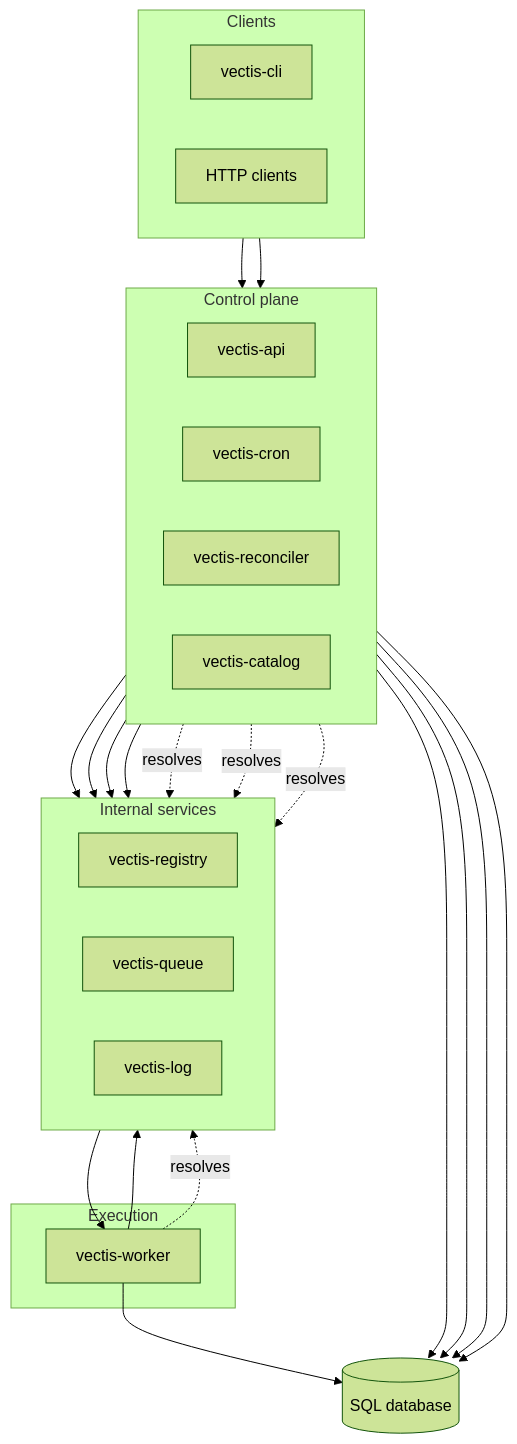
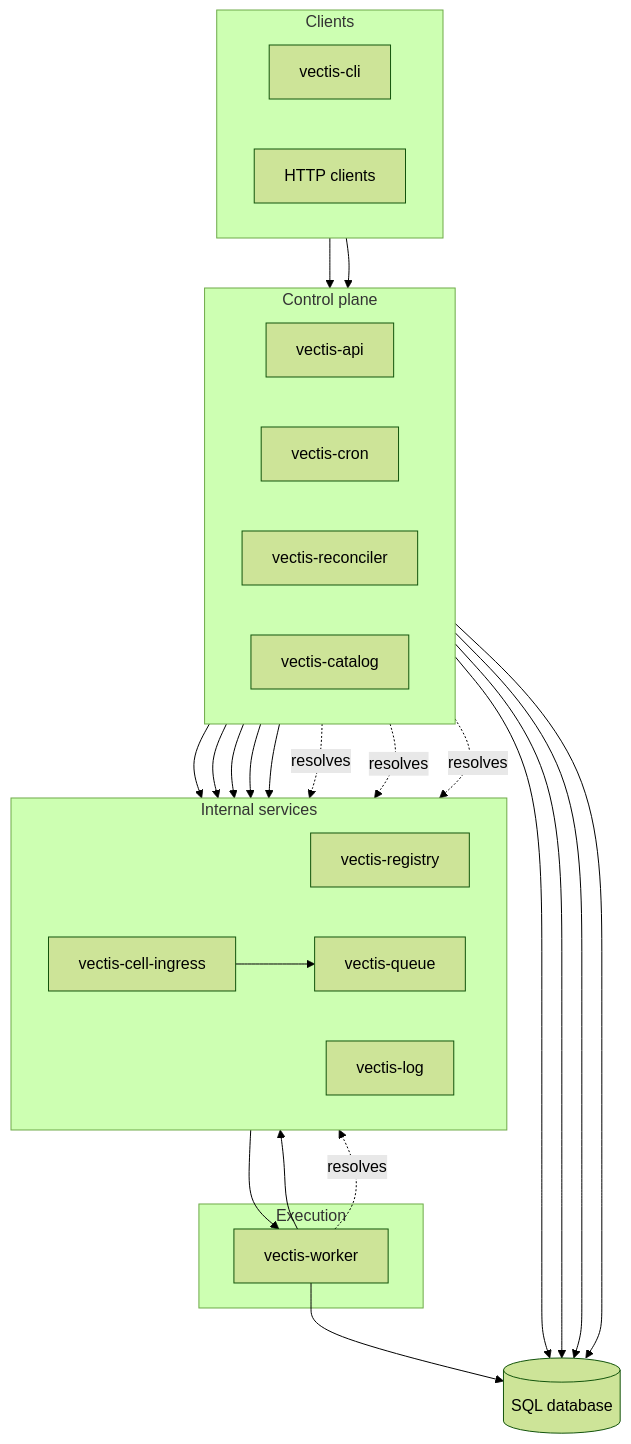
The diagram in website/docs/concepts/architecture.md (garrett-s-wininger/vectis), drawn with Mermaid (forest theme) before and after one commit. The commit also changed other lines of this file and 16 other files, not shown here.

Commit message:
feat: cell-ingress binary

````diff
--- a/website/docs/concepts/architecture.md
+++ b/website/docs/concepts/architecture.md
@@ -38,51 +38,54 @@
 ```mermaid
 flowchart TB
   subgraph edge [Clients]
     direction LR
     CLI["vectis-cli"]
     HTTP["HTTP clients"]
   end
 
   subgraph control [Control plane]
     direction LR
     API["vectis-api"]
     CRON["vectis-cron"]
     REC["vectis-reconciler"]
     CAT["vectis-catalog"]
   end
 
   subgraph internal [Internal services]
     direction LR
     REG["vectis-registry"]
+    CING["vectis-cell-ingress"]
     Q["vectis-queue"]
     LOG["vectis-log"]
   end
 
   subgraph execute [Execution]
     W["vectis-worker"]
   end
 
   DB[("SQL database")]
 
   CLI --> API
   HTTP --> API
 
   API --> DB
   CRON --> DB
   REC --> DB
   CAT --> DB
   W --> DB
 
   API --> Q
+  API --> CING
+  CING --> Q
   CRON --> Q
   REC --> Q
   Q --> W
 
   W --> LOG
   API --> LOG
 
   API -. resolves .-> REG
   CRON -. resolves .-> REG
   REC -. resolves .-> REG
   W -. resolves .-> REG
 ```
````
